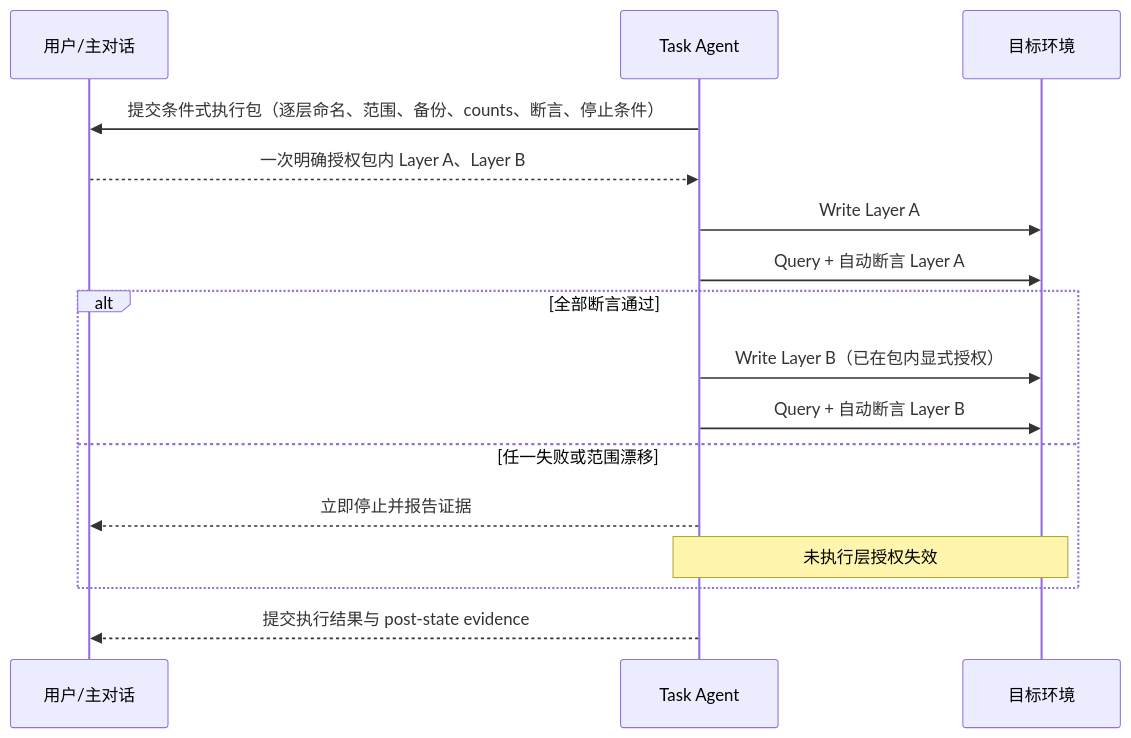
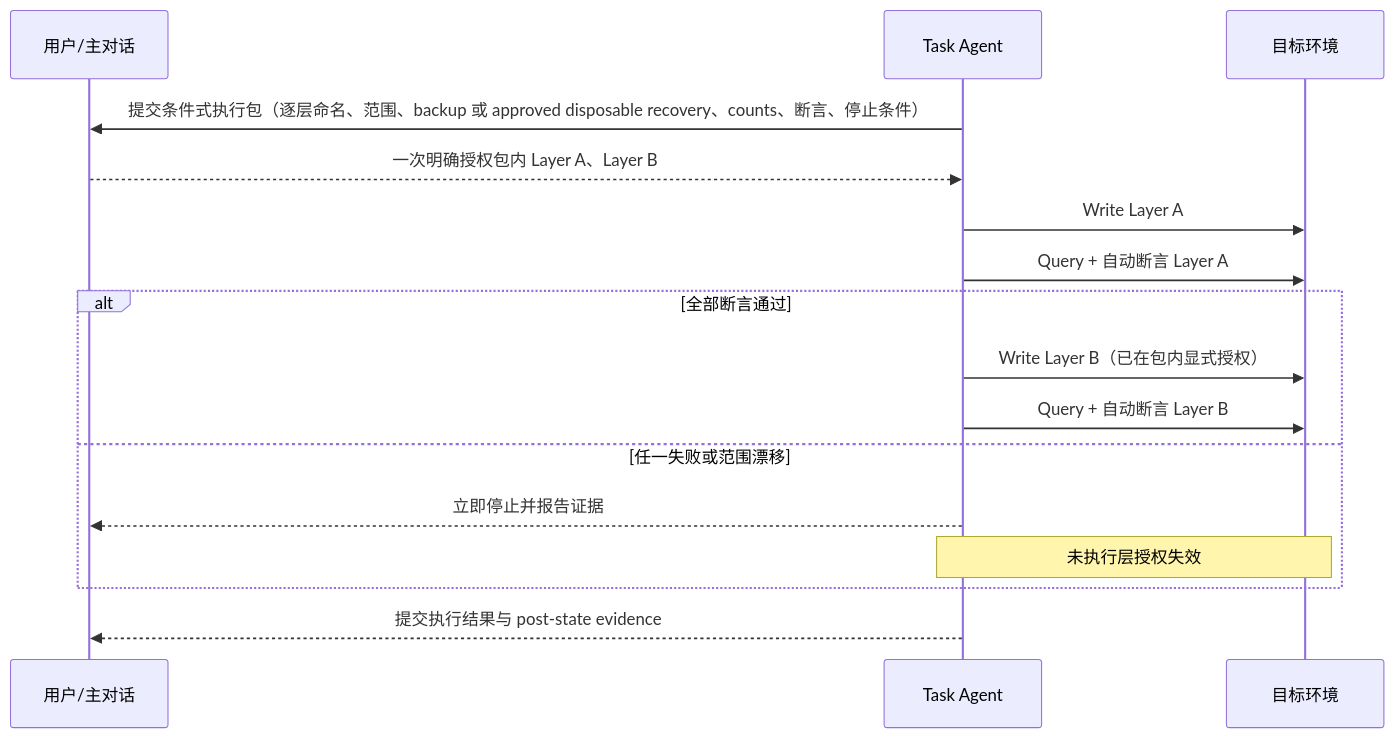
The first of 2 diagrams in openspec/changes/optimize-risk-tiered-development-workflow/design.md (meierlink88/tidewise-ai), drawn with Mermaid before and after one commit. The commit also changed other lines of this file and 3 other files, not shown here.

````diff
--- a/openspec/changes/optimize-risk-tiered-development-workflow/design.md
+++ b/openspec/changes/optimize-risk-tiered-development-workflow/design.md
@@ -102,19 +107,19 @@
 ```mermaid
 sequenceDiagram
     participant U as 用户/主对话
     participant A as Task Agent
     participant T as 目标环境
 
-    A->>U: 提交条件式执行包（逐层命名、范围、备份、counts、断言、停止条件）
+    A->>U: 提交条件式执行包（逐层命名、范围、backup 或 approved disposable recovery、counts、断言、停止条件）
     U-->>A: 一次明确授权包内 Layer A、Layer B
     A->>T: Write Layer A
     A->>T: Query + 自动断言 Layer A
     alt 全部断言通过
         A->>T: Write Layer B（已在包内显式授权）
         A->>T: Query + 自动断言 Layer B
     else 任一失败或范围漂移
         A-->>U: 立即停止并报告证据
         Note over A,T: 未执行层授权失效
     end
     A-->>U: 提交执行结果与 post-state evidence
 ```
````
